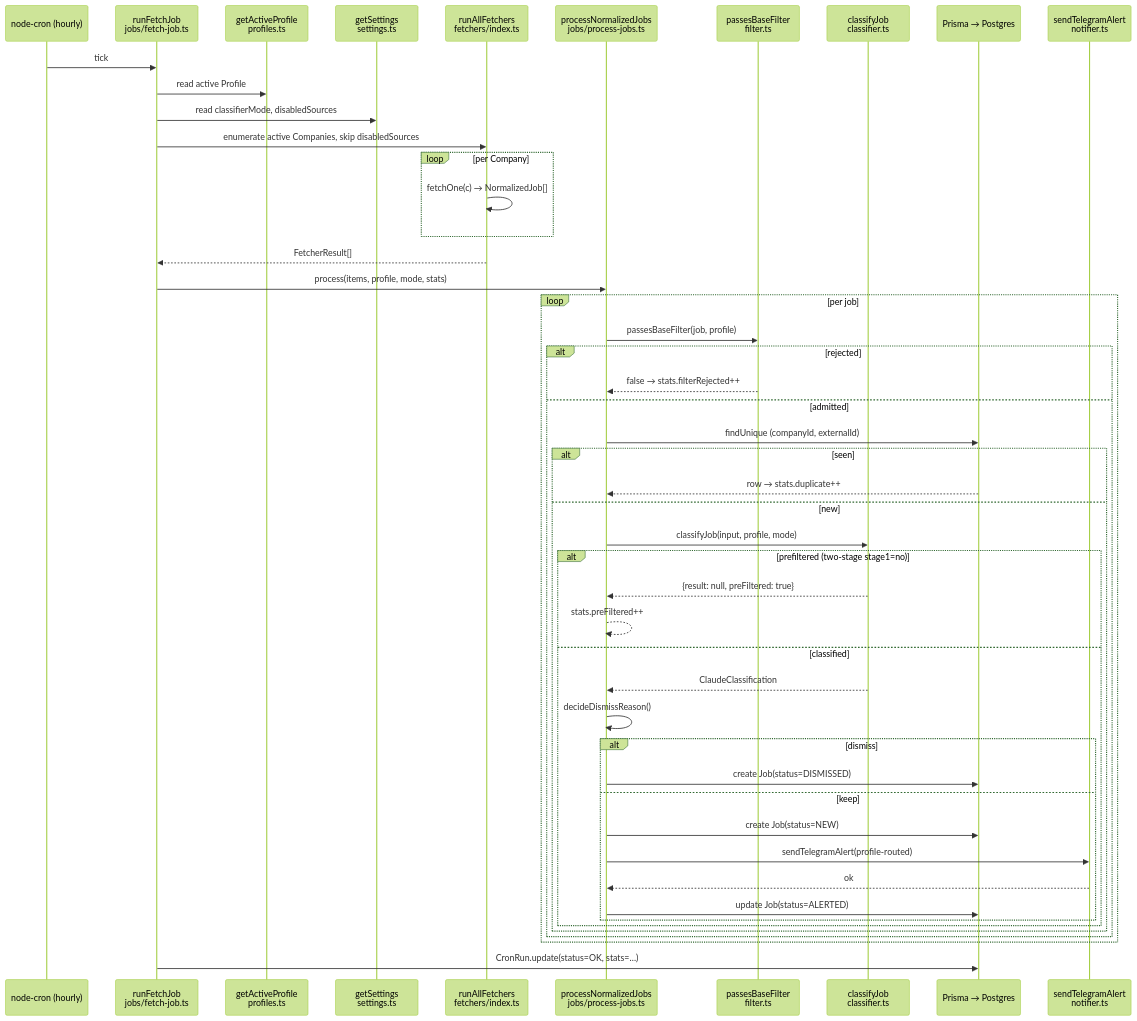
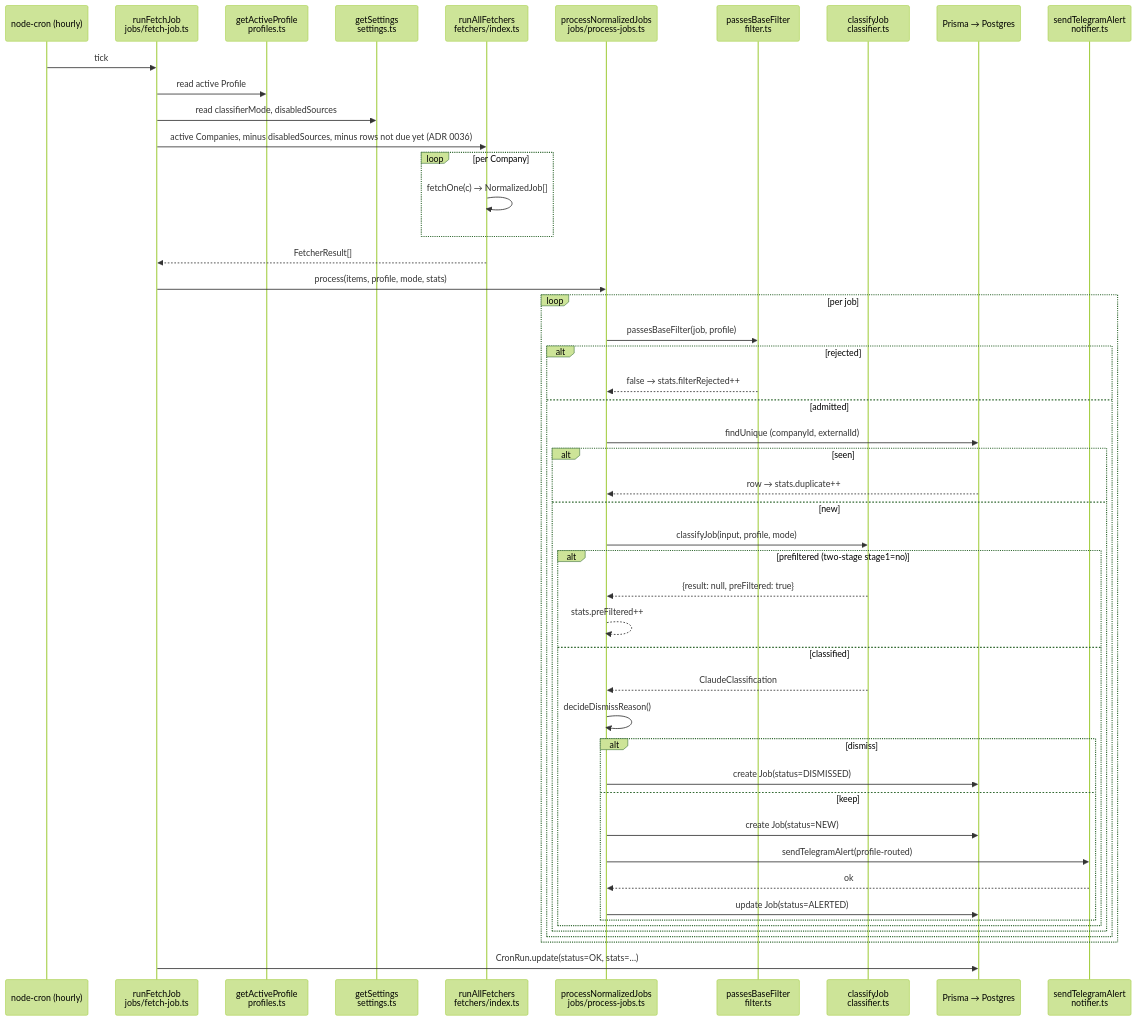
Before and after one commit to applypack/applypack: the second of 5 diagrams in ARCHITECTURE.md, drawn with Mermaid (forest theme). The commit also changed other lines of this file and 11 other files, not shown here.

````diff
--- a/ARCHITECTURE.md
+++ b/ARCHITECTURE.md
@@ -40,52 +40,52 @@
 ```mermaid
 sequenceDiagram
   participant Cron as node-cron (hourly)
   participant Job as runFetchJob<br/>jobs/fetch-job.ts
   participant Profile as getActiveProfile<br/>profiles.ts
   participant Settings as getSettings<br/>settings.ts
   participant Fetchers as runAllFetchers<br/>fetchers/index.ts
   participant Process as processNormalizedJobs<br/>jobs/process-jobs.ts
   participant Filter as passesBaseFilter<br/>filter.ts
   participant Claude as classifyJob<br/>classifier.ts
   participant DB as Prisma → Postgres
   participant TG as sendTelegramAlert<br/>notifier.ts
 
   Cron->>Job: tick
   Job->>Profile: read active Profile
   Job->>Settings: read classifierMode, disabledSources
-  Job->>Fetchers: enumerate active Companies, skip disabledSources
+  Job->>Fetchers: active Companies, minus disabledSources, minus rows not due yet (ADR 0036)
   loop per Company
     Fetchers->>Fetchers: fetchOne(c) → NormalizedJob[]
   end
   Fetchers-->>Job: FetcherResult[]
   Job->>Process: process(items, profile, mode, stats)
   loop per job
     Process->>Filter: passesBaseFilter(job, profile)
     alt rejected
       Filter-->>Process: false → stats.filterRejected++
     else admitted
       Process->>DB: findUnique (companyId, externalId)
       alt seen
         DB-->>Process: row → stats.duplicate++
       else new
         Process->>Claude: classifyJob(input, profile, mode)
         alt prefiltered (two-stage stage1=no)
           Claude-->>Process: {result: null, preFiltered: true}
           Process-->>Process: stats.preFiltered++
         else classified
           Claude-->>Process: ClaudeClassification
           Process->>Process: decideDismissReason()
           alt dismiss
             Process->>DB: create Job(status=DISMISSED)
           else keep
             Process->>DB: create Job(status=NEW)
             Process->>TG: sendTelegramAlert(profile-routed)
             TG-->>Process: ok
             Process->>DB: update Job(status=ALERTED)
           end
         end
       end
     end
   end
   Job->>DB: CronRun.update(status=OK, stats=…)
 ```
````
